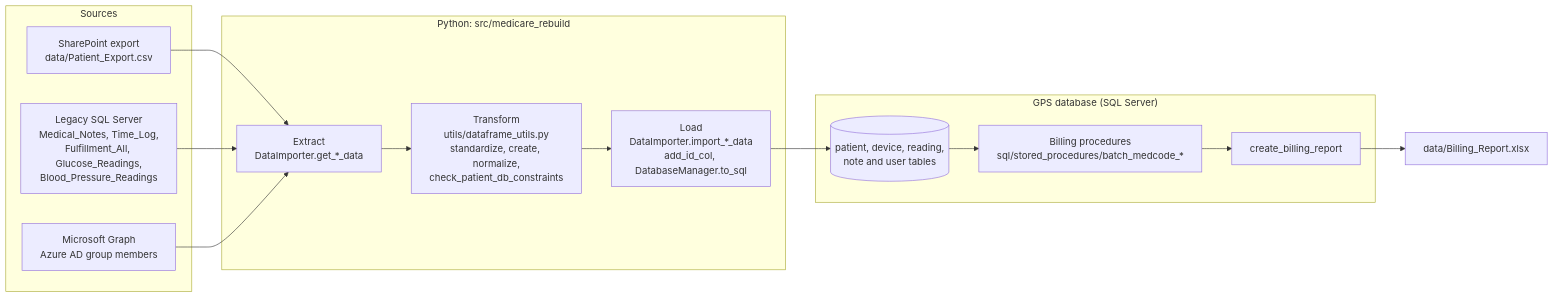
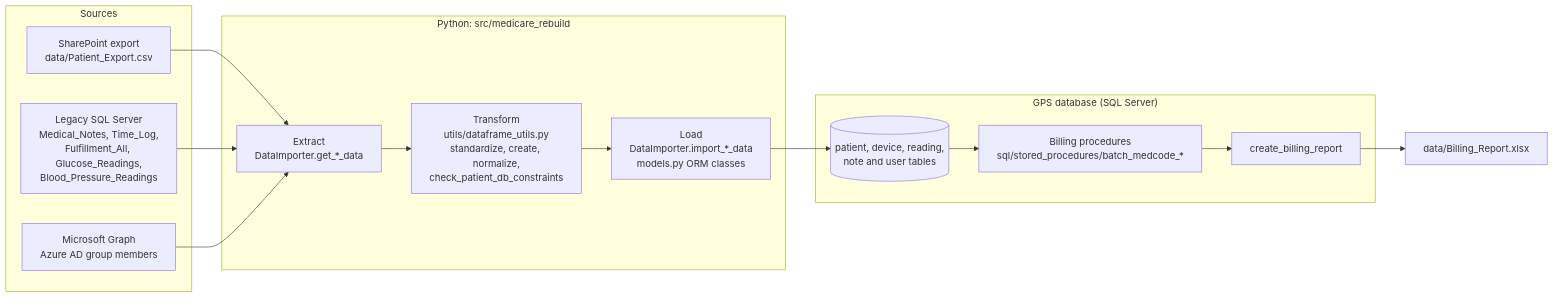
One commit to chingdrop/medicare-rebuild changed the diagram in README.md. Above: the diagram before and after it, drawn with Mermaid. The commit also changed other lines of this file and 10 other files, not shown here.

First line of the commit message:
Document decision 0015 and update docs for the ORM schema migration

````diff
--- a/README.md
+++ b/README.md
@@ -26,23 +26,23 @@
 ```mermaid
 flowchart LR
     subgraph src["Sources"]
         SP["SharePoint export<br/>data/Patient_Export.csv"]
         LG["Legacy SQL Server<br/>Medical_Notes, Time_Log,<br/>Fulfillment_All, Glucose_Readings,<br/>Blood_Pressure_Readings"]
         MG["Microsoft Graph<br/>Azure AD group members"]
     end
     subgraph py["Python: src/medicare_rebuild"]
         EX["Extract<br/>DataImporter.get_*_data"]
         TR["Transform<br/>utils/dataframe_utils.py<br/>standardize, create, normalize,<br/>check_patient_db_constraints"]
-        LD["Load<br/>DataImporter.import_*_data<br/>add_id_col, DatabaseManager.to_sql"]
+        LD["Load<br/>DataImporter.import_*_data<br/>models.py ORM classes"]
     end
     subgraph gps["GPS database (SQL Server)"]
         DB[("patient, device, reading,<br/>note and user tables")]
         BP["Billing procedures<br/>sql/stored_procedures/batch_medcode_*"]
         RP["create_billing_report"]
     end
     OUT["data/Billing_Report.xlsx"]
     SP --> EX
     LG --> EX
     MG --> EX
     EX --> TR --> LD --> DB --> BP --> RP --> OUT
 ```
````
